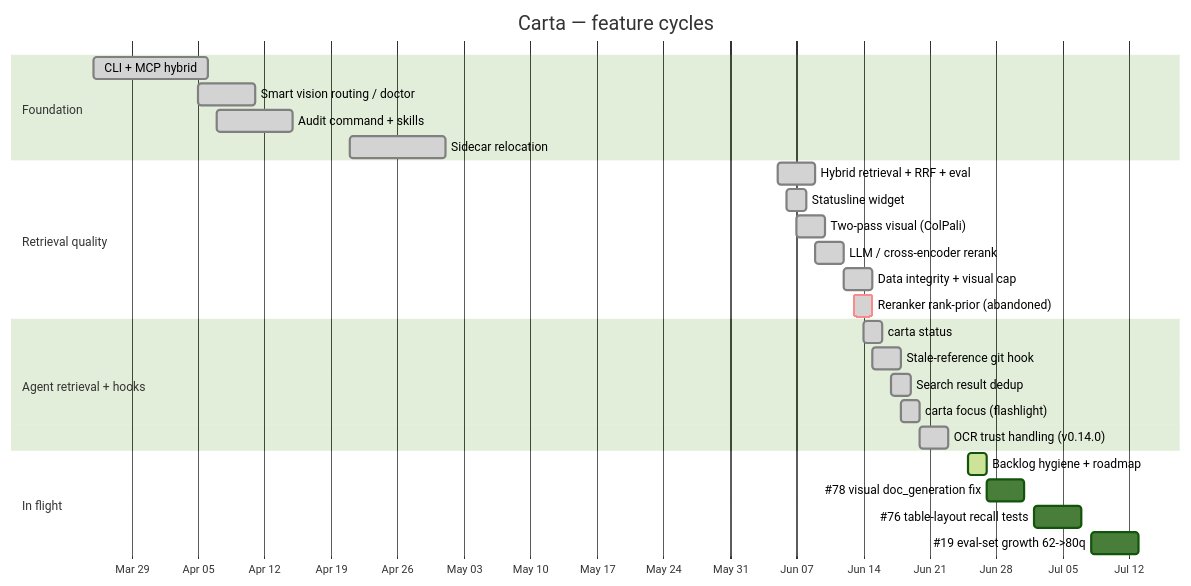
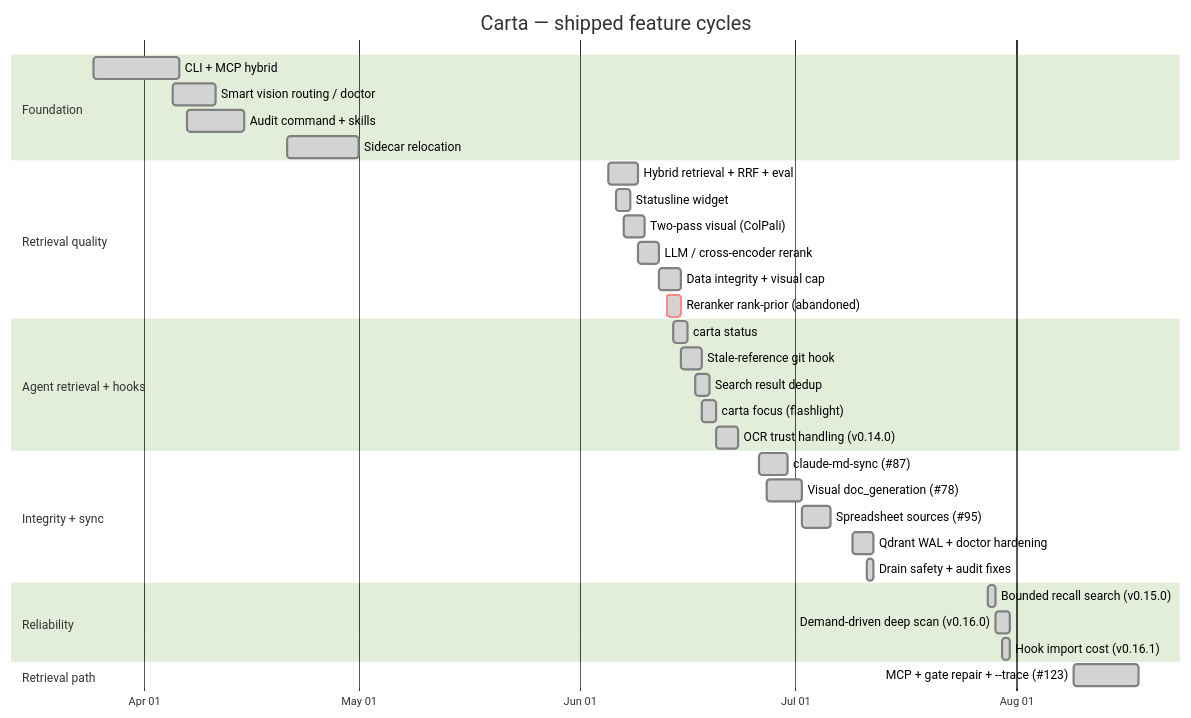
The second of 2 diagrams in docs/ROADMAP.md (Ian-q/Carta), drawn with Mermaid (forest theme) before and after one commit. The commit also changed other lines of this file, not shown here.

First line of the commit message:
docs: ROADMAP holds relationships, not status

````diff
--- a/docs/ROADMAP.md
+++ b/docs/ROADMAP.md
@@ -56,29 +97,36 @@
 ```mermaid
 gantt
-    title Carta — feature cycles
+    title Carta — shipped feature cycles
     dateFormat YYYY-MM-DD
     axisFormat %b %d
     section Foundation
     CLI + MCP hybrid                :done, 2026-03-25, 12d
     Smart vision routing / doctor   :done, 2026-04-05, 6d
     Audit command + skills          :done, 2026-04-07, 8d
     Sidecar relocation              :done, 2026-04-21, 10d
     section Retrieval quality
     Hybrid retrieval + RRF + eval   :done, 2026-06-05, 4d
     Statusline widget               :done, 2026-06-06, 2d
     Two-pass visual (ColPali)       :done, 2026-06-07, 3d
     LLM / cross-encoder rerank      :done, 2026-06-09, 3d
     Data integrity + visual cap     :done, 2026-06-12, 3d
     Reranker rank-prior (abandoned) :crit, done, 2026-06-13, 2d
     section Agent retrieval + hooks
     carta status                    :done, 2026-06-14, 2d
     Stale-reference git hook        :done, 2026-06-15, 3d
     Search result dedup             :done, 2026-06-17, 2d
     carta focus (flashlight)        :done, 2026-06-18, 2d
     OCR trust handling (v0.14.0)    :done, 2026-06-20, 3d
-    section In flight
-    Backlog hygiene + roadmap       :active, 2026-06-25, 2d
-    #78 visual doc_generation fix   :2026-06-27, 4d
-    #76 table-layout recall tests   :2026-07-02, 5d
-    #19 eval-set growth 62->80q     :2026-07-08, 5d
+    section Integrity + sync
+    claude-md-sync (#87)            :done, 2026-06-26, 4d
+    Visual doc_generation (#78)     :done, 2026-06-27, 5d
+    Spreadsheet sources (#95)       :done, 2026-07-02, 4d
+    Qdrant WAL + doctor hardening   :done, 2026-07-09, 3d
+    Drain safety + audit fixes      :done, 2026-07-11, 1d
+    section Reliability
+    Bounded recall search (v0.15.0) :done, 2026-07-28, 1d
+    Demand-driven deep scan (v0.16.0) :done, 2026-07-29, 2d
+    Hook import cost (v0.16.1)      :done, 2026-07-30, 1d
+    section Retrieval path
+    MCP + gate repair + --trace (#123) :done, 2026-08-09, 9d
 ```
````
